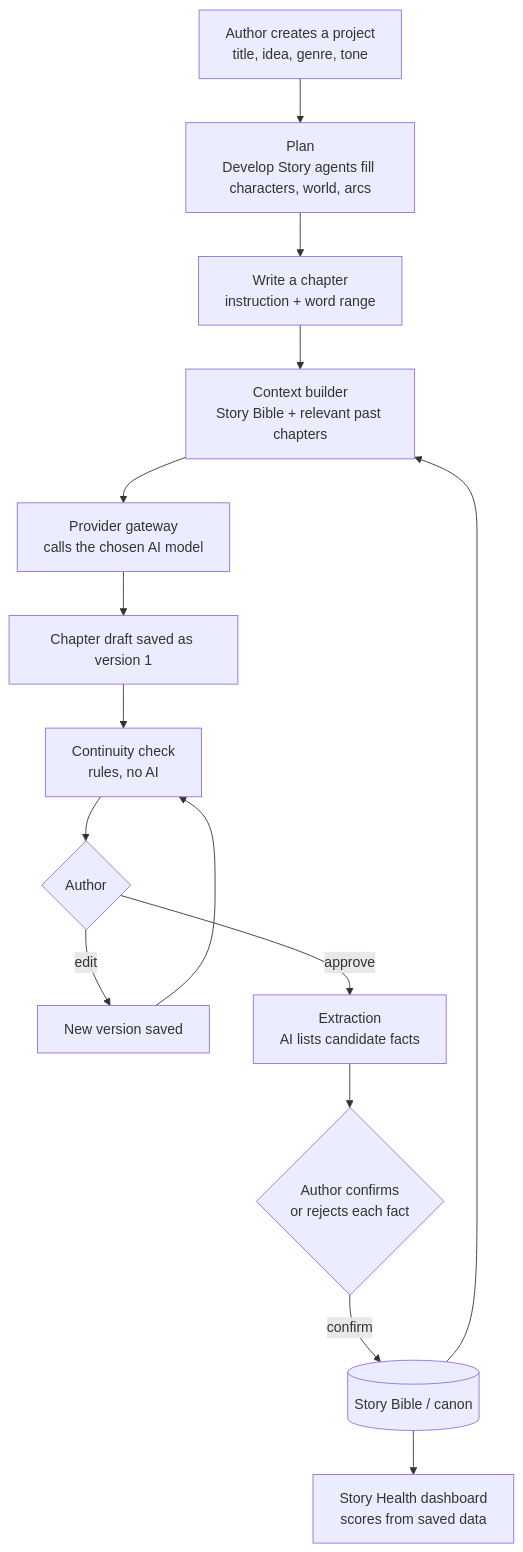
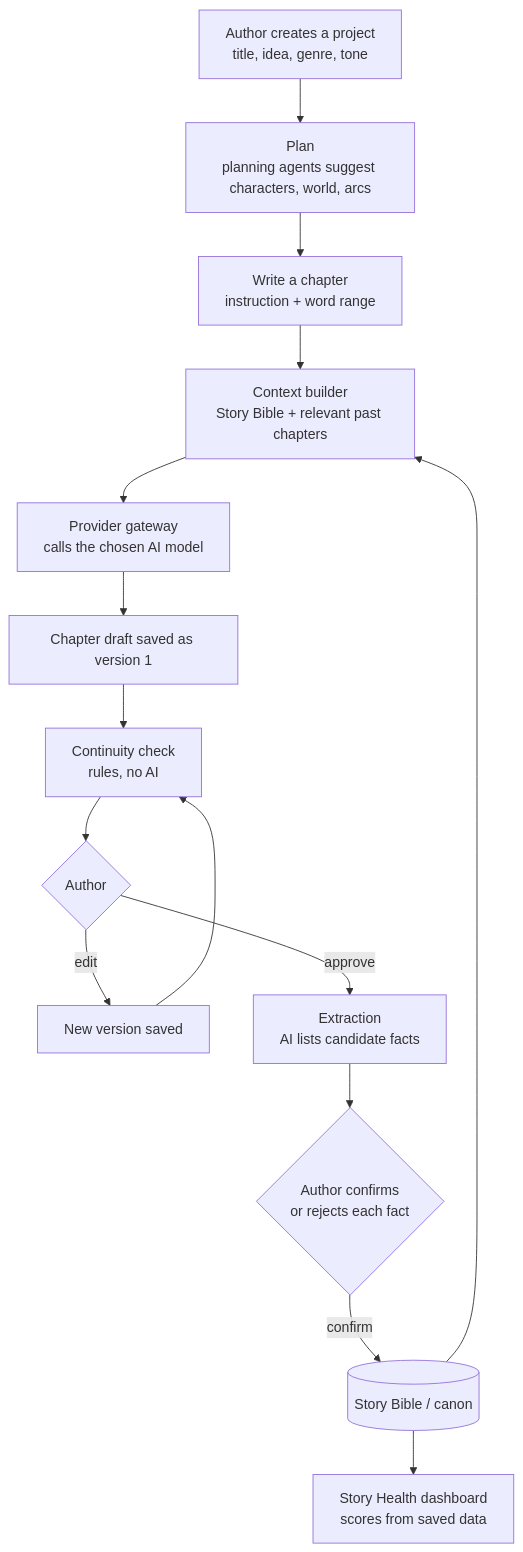
The diagram in docs/HOW_IT_WORKS.md (Nilanjan112233/ai-novel-writing-studio), drawn with Mermaid before and after one commit. The commit also changed other lines of this file and 17 other files, not shown here.

````diff
--- a/docs/HOW_IT_WORKS.md
+++ b/docs/HOW_IT_WORKS.md
@@ -22,16 +45,16 @@
 ```mermaid
 flowchart TD
-    A[Author creates a project<br/>title, idea, genre, tone] --> B[Plan<br/>Develop Story agents fill characters, world, arcs]
+    A[Author creates a project<br/>title, idea, genre, tone] --> B[Plan<br/>planning agents suggest characters, world, arcs]
     B --> C[Write a chapter<br/>instruction + word range]
     C --> D[Context builder<br/>Story Bible + relevant past chapters]
     D --> E[Provider gateway<br/>calls the chosen AI model]
     E --> F[Chapter draft saved as version 1]
     F --> G[Continuity check<br/>rules, no AI]
     G --> H{Author}
     H -->|edit| F2[New version saved] --> G
     H -->|approve| I[Extraction<br/>AI lists candidate facts]
     I --> J{Author confirms<br/>or rejects each fact}
     J -->|confirm| K[(Story Bible / canon)]
     K --> D
     K --> L[Story Health dashboard<br/>scores from saved data]
 ```
````
